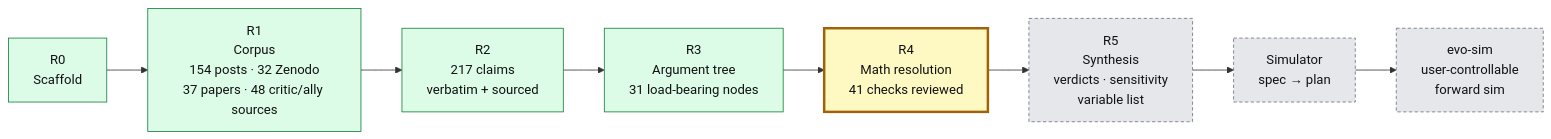
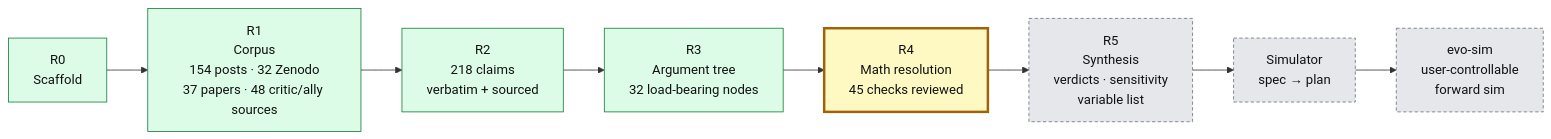
One commit to nickallevato/evo-sim changed the second of 2 diagrams in README.md. Above: the diagram before and after it, drawn with Mermaid. The commit also changed other lines of this file and 32 other files, not shown here.

````diff
--- a/README.md
+++ b/README.md
@@ -229,14 +229,14 @@
 ```mermaid
 flowchart LR
   R0["R0<br/>Scaffold"]:::done --> R1["R1<br/>Corpus<br/>154 posts · 32 Zenodo<br/>37 papers · 48 critic/ally sources"]:::done
-  R1 --> R2["R2<br/>217 claims<br/>verbatim + sourced"]:::done
-  R2 --> R3["R3<br/>Argument tree<br/>31 load-bearing nodes"]:::done
-  R3 --> R4["R4<br/>Math resolution<br/>41 checks reviewed"]:::active
+  R1 --> R2["R2<br/>218 claims<br/>verbatim + sourced"]:::done
+  R2 --> R3["R3<br/>Argument tree<br/>32 load-bearing nodes"]:::done
+  R3 --> R4["R4<br/>Math resolution<br/>45 checks reviewed"]:::active
   R4 --> R5["R5<br/>Synthesis<br/>verdicts · sensitivity<br/>variable list"]:::todo
   R5 --> S1["Simulator<br/>spec → plan"]:::todo
   S1 --> S2["evo-sim<br/>user-controllable<br/>forward sim"]:::todo
 
   classDef done fill:#dcfce7,stroke:#15803d,color:#111
   classDef active fill:#fef9c3,stroke:#a16207,stroke-width:3px,color:#111
   classDef todo fill:#e5e7eb,stroke:#6b7280,color:#111,stroke-dasharray:4 3
 ```
````
